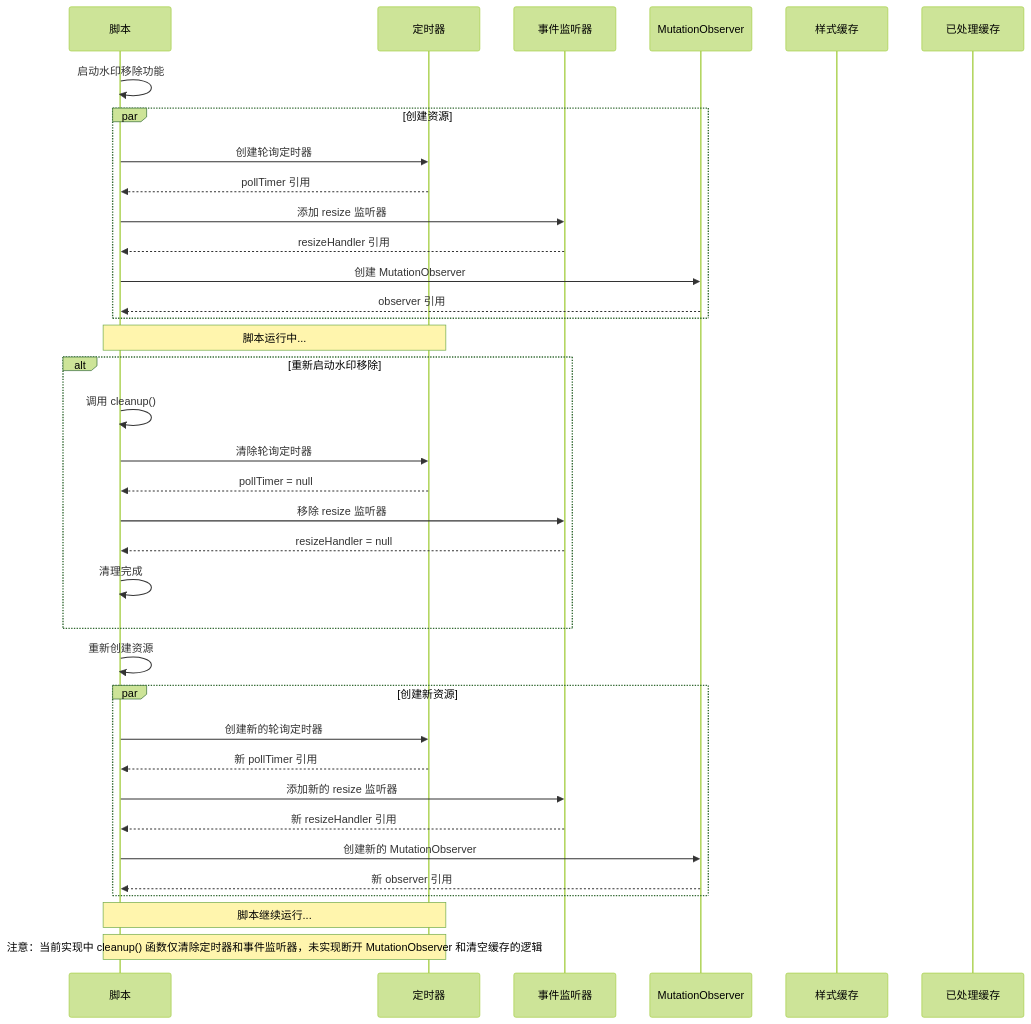
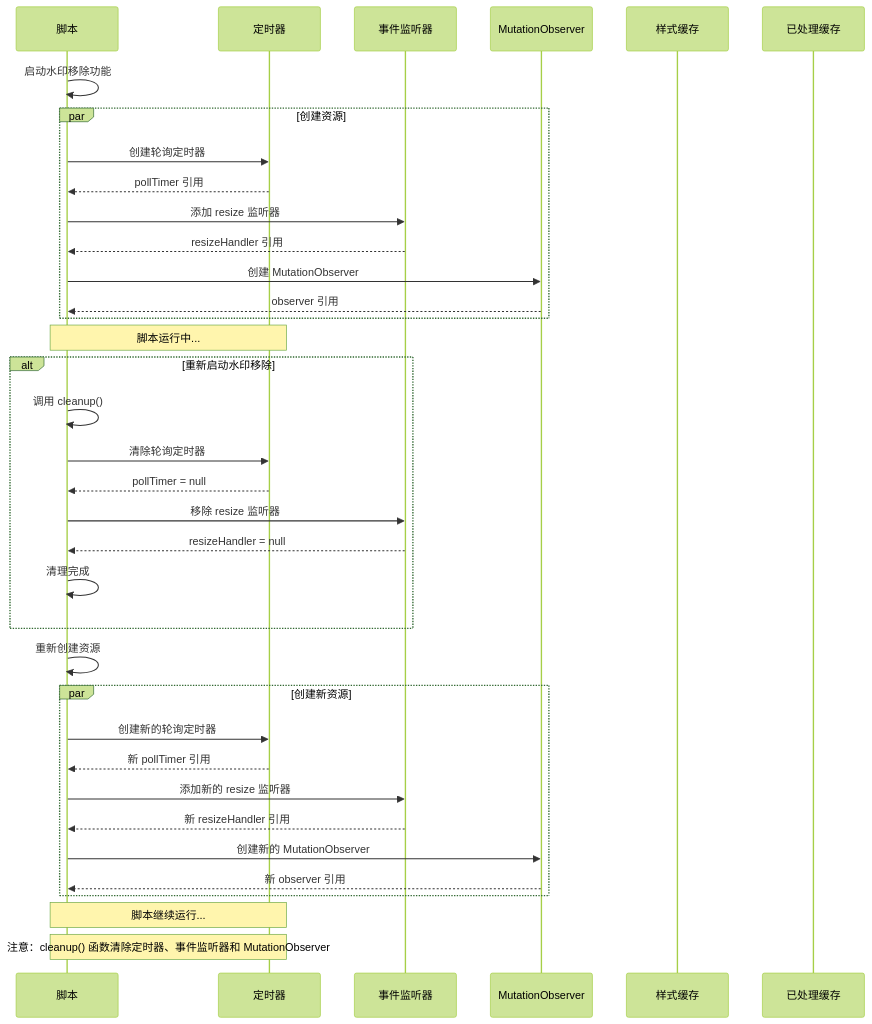
The tenth of 17 diagrams in doc/SEQUENCE_DIAGRAMS.md (wang93wei/Xiaomi-MiMo-Studio-Watermark-Remover), drawn with Mermaid (forest theme) before and after one commit. The commit also changed other lines of this file and 3 other files, not shown here.

````diff
--- a/doc/SEQUENCE_DIAGRAMS.md
+++ b/doc/SEQUENCE_DIAGRAMS.md
@@ -719,50 +726,50 @@
 ```mermaid
 sequenceDiagram
     participant Script as 脚本
     participant Timer as 定时器
     participant EventListener as 事件监听器
     participant Observer as MutationObserver
     participant StyleCache as 样式缓存
     participant ProcessedCache as 已处理缓存
 
     Script->>Script: 启动水印移除功能
 
     par 创建资源
         Script->>Timer: 创建轮询定时器
         Timer-->>Script: pollTimer 引用
         Script->>EventListener: 添加 resize 监听器
         EventListener-->>Script: resizeHandler 引用
         Script->>Observer: 创建 MutationObserver
         Observer-->>Script: observer 引用
     end
 
     Note over Script,Timer: 脚本运行中...
 
     alt 重新启动水印移除
         Script->>Script: 调用 cleanup()
 
         Script->>Timer: 清除轮询定时器
         Timer-->>Script: pollTimer = null
 
         Script->>EventListener: 移除 resize 监听器
         EventListener-->>Script: resizeHandler = null
 
         Script->>Script: 清理完成
     end
 
     Script->>Script: 重新创建资源
 
     par 创建新资源
         Script->>Timer: 创建新的轮询定时器
         Timer-->>Script: 新 pollTimer 引用
         Script->>EventListener: 添加新的 resize 监听器
         EventListener-->>Script: 新 resizeHandler 引用
 
         Script->>Observer: 创建新的 MutationObserver
         Observer-->>Script: 新 observer 引用
     end
 
     Note over Script,Timer: 脚本继续运行...
 
-    Note over Script,Timer: 注意：当前实现中 cleanup() 函数仅清除定时器和事件监听器，未实现断开 MutationObserver 和清空缓存的逻辑
+    Note over Script,Timer: 注意：cleanup() 函数清除定时器、事件监听器和 MutationObserver
 ```
````
